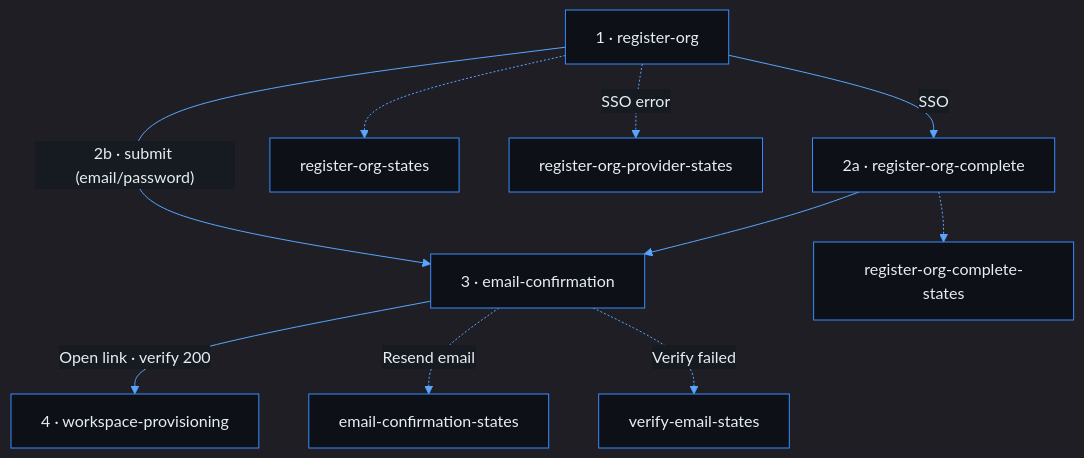
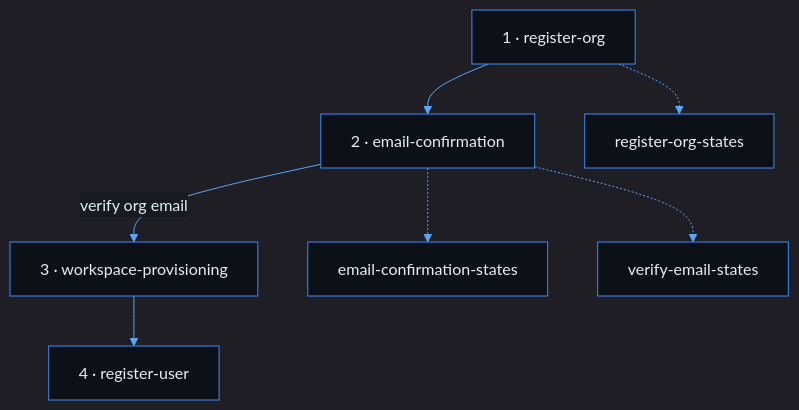
Before and after one commit to phuongnse/axis: the first of 3 diagrams in docs/use-cases/platform-foundation/register-org/README.md, drawn with Mermaid. The commit also changed other lines of this file and 16 other files, not shown here.

````diff
--- a/docs/use-cases/platform-foundation/register-org/README.md
+++ b/docs/use-cases/platform-foundation/register-org/README.md
@@ -136,23 +113,18 @@
 ```mermaid
 %%{init: {'theme':'dark','themeVariables':{'background':'#0d1117','mainBkg':'#0d1117','primaryColor':'#161b22','primaryBorderColor':'#388bfd','primaryTextColor':'#e6edf3','secondaryColor':'#21262d','secondaryBorderColor':'#388bfd','secondaryTextColor':'#e6edf3','tertiaryColor':'#161b22','tertiaryTextColor':'#e6edf3','lineColor':'#58a6ff','textColor':'#e6edf3','nodeBorder':'#388bfd','clusterBkg':'#161b22','clusterBorder':'#388bfd','titleColor':'#e6edf3','edgeLabelBackground':'#161b22','actorBkg':'#161b22','actorBorder':'#388bfd','actorTextColor':'#e6edf3','signalColor':'#58a6ff','labelBoxBkgColor':'#161b22','labelBoxBorderColor':'#388bfd','noteBkgColor':'#161b22','noteBorderColor':'#388bfd','noteTextColor':'#c9d1d9','activationBkgColor':'#30363d'}}}%%
 flowchart TD
   entry["1 · register-org"]
-  complete["2a · register-org-complete"]
-  confirm["3 · email-confirmation"]
+  confirm["2 · email-confirmation"]
+  provision["3 · workspace-provisioning"]
+  user["4 · register-user"]
   errEntry["register-org-states"]
-  errComplete["register-org-complete-states"]
-  errProvider["register-org-provider-states"]
-  errResend["email-confirmation-states"]
+  errEmail["email-confirmation-states"]
   errVerify["verify-email-states"]
 
-  entry -->|"2b · submit (email/password)"| confirm
-  entry -->|SSO| complete
-  complete --> confirm
-  provision["4 · workspace-provisioning"]
-  confirm -->|Open link · verify 200| provision
+  entry --> confirm
+  confirm -->|"verify org email"| provision
+  provision --> user
   entry -.-> errEntry
-  complete -.-> errComplete
-  entry -.->|SSO error| errProvider
-  confirm -.->|Resend email| errResend
-  confirm -.->|Verify failed| errVerify
+  confirm -.-> errEmail
+  confirm -.-> errVerify
 ```
````
